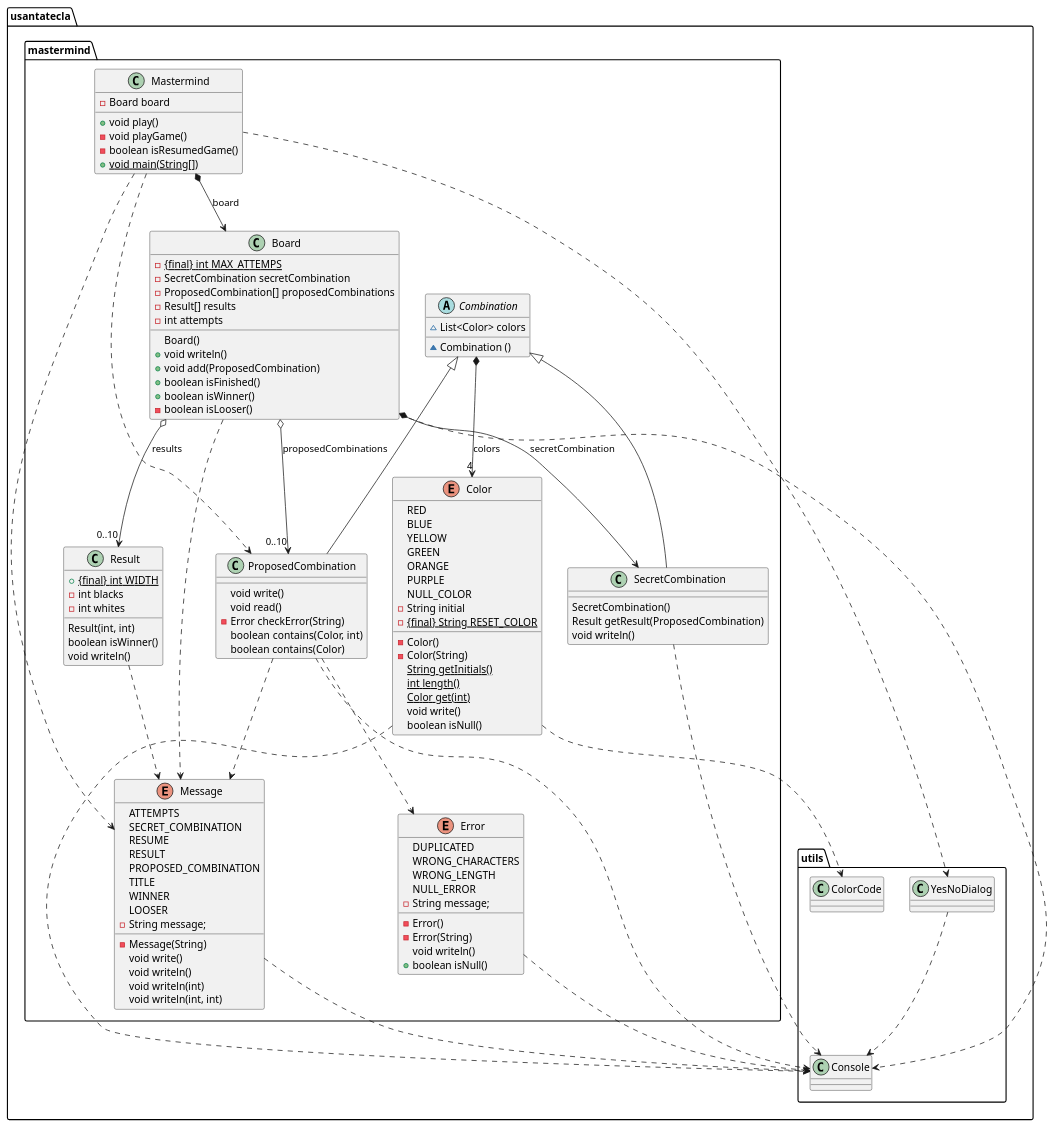
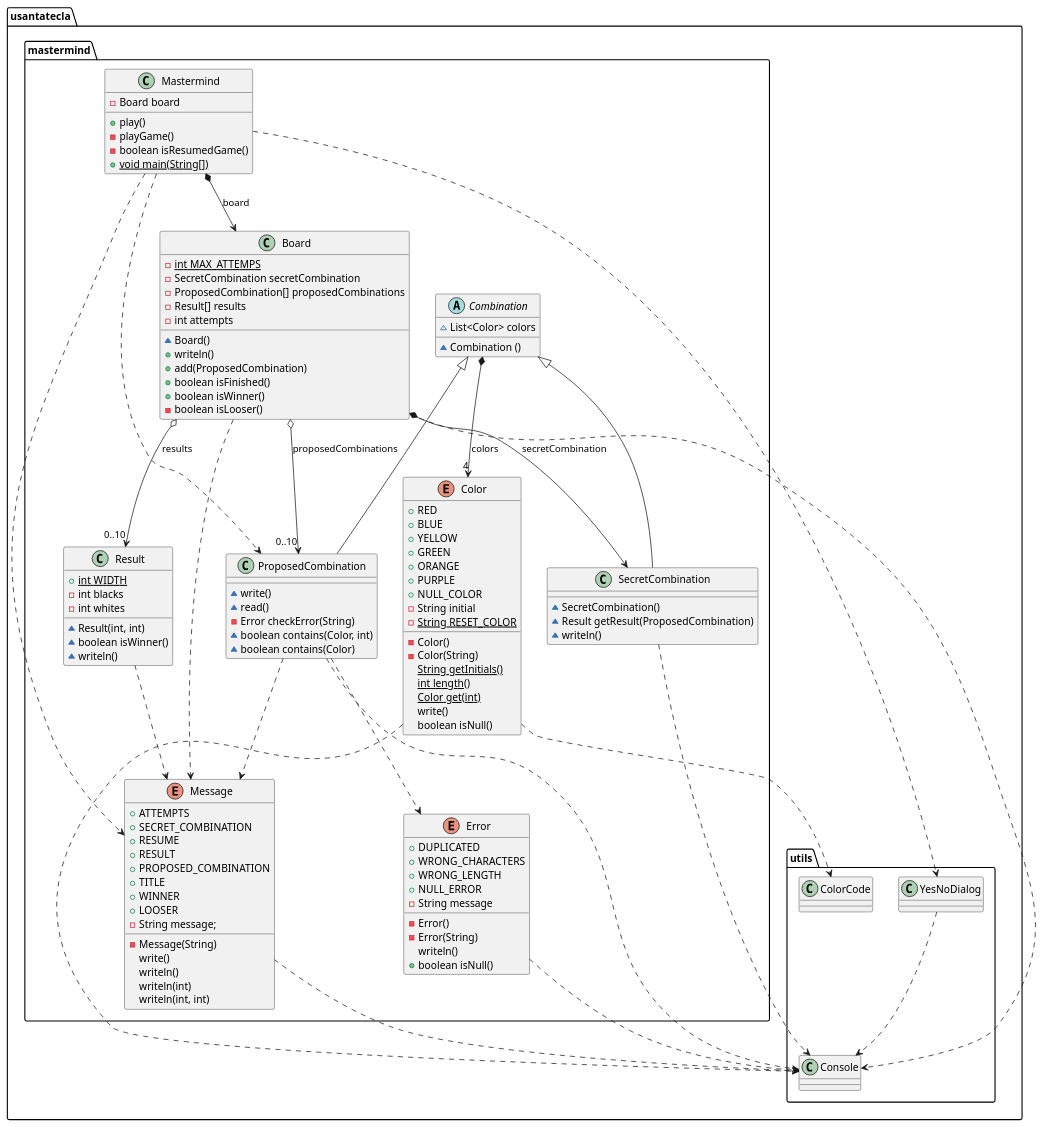
The first of 2 diagrams in domainModel/docs/diagrams/src/paquetes.plantuml (SantaTecla-mastermind/solution.java.swing.socket.sql), drawn with PlantUML before and after one commit. The commit also changed 1 other file, not shown here.

Commit message:
DomainModel diagrams updated

```diff
--- a/domainModel/docs/diagrams/src/paquetes.plantuml
+++ b/domainModel/docs/diagrams/src/paquetes.plantuml
@@ -1,145 +1,145 @@
 @startuml mastermind
 package usantatecla.mastermind {
 class Mastermind {
 	- Board board
-	+ void play()
-	- void playGame()
+	+ play()
+	- playGame()
 	- boolean isResumedGame()
 	+ {static} void main(String[])
 }
 
 
 class Board {
-  - {static} {final} int MAX_ATTEMPS
+  - {static} int MAX_ATTEMPS
   - SecretCombination secretCombination
   - ProposedCombination[] proposedCombinations
   - Result[] results 
   - int attempts
-  Board()
-  + void writeln()
-  + void add(ProposedCombination)
-  +  boolean isFinished()
+  ~ Board()
+  + writeln()
+  + add(ProposedCombination)
+  + boolean isFinished()
   + boolean isWinner()
   - boolean isLooser()
 }
 
 abstract class Combination {
 	~ List<Color> colors
 	~ Combination ()
 }
 
 class SecretCombination {
-	SecretCombination()
-	Result getResult(ProposedCombination)
-	void writeln()
+	~ SecretCombination()
+	~ Result getResult(ProposedCombination)
+	~ writeln()
 }
 
 class ProposedCombination {
-	void write()
-	void read()
+	~write()
+	~read()
 	- Error checkError(String)
-	boolean contains(Color, int)
-	boolean contains(Color)
+	~ boolean contains(Color, int)
+	~ boolean contains(Color)
 }
 
 class Result{
-	+ {static} {final} int WIDTH
+	+ {static} int WIDTH
 	- int blacks
 	- int whites
-	Result(int, int)
-	boolean isWinner()
-	void writeln()
+	~ Result(int, int)
+	~ boolean isWinner()
+	~ writeln()
 }
 
 enum Color {
-	RED
-	BLUE
-	YELLOW
-	GREEN
-	ORANGE
-	PURPLE
-	NULL_COLOR
+	+ RED
+	+ BLUE
+	+ YELLOW
+	+ GREEN
+	+ ORANGE
+	+ PURPLE
+	+ NULL_COLOR
 	- String initial
-	- {static} {final} String RESET_COLOR
+	- {static} String RESET_COLOR
 	- Color()
 	- Color(String)
 	{static} String getInitials()
 	{static} int length()
 	{static} Color get(int)
-	void write()
+	write()
 	boolean isNull()
 }
 
 enum Error {
-	DUPLICATED
-	WRONG_CHARACTERS
-	WRONG_LENGTH
-	NULL_ERROR
-	- String message;
+	+ DUPLICATED
+	+ WRONG_CHARACTERS
+	+ WRONG_LENGTH
+	+ NULL_ERROR
+	- String message
 	- Error()
 	- Error(String)
-	void writeln()
+	writeln()
 	+ boolean isNull()
 }
 
 enum Message {
-	ATTEMPTS
-	SECRET_COMBINATION
-	RESUME
-	RESULT
-	PROPOSED_COMBINATION
-	TITLE
-	WINNER
-	LOOSER
+	+ ATTEMPTS
+	+ SECRET_COMBINATION
+	+ RESUME
+	+ RESULT
+	+ PROPOSED_COMBINATION
+	+ TITLE
+	+ WINNER
+	+ LOOSER
 	- String message;
 	- Message(String)
-	void write()
-	void writeln()
-	void writeln(int)
-	void writeln(int, int)
+	write()
+	writeln()
+	writeln(int)
+	writeln(int, int)
 }
 
 
 
 Mastermind *-down-> Board : board
 Mastermind .down.> ProposedCombination
 Board *-down-> SecretCombination : secretCombination
 Board o-down-> "0..10" ProposedCombination : proposedCombinations
 Board o-down-> "0..10" Result : results
 
 Combination *-down-> "4" Color : colors
 Combination <|-down- SecretCombination
 Combination <|-down- ProposedCombination
 ProposedCombination .down.> Error
 
 
 Mastermind .down.> Message
 Board .down.> Message
 ProposedCombination .down.> Message
 Result .down.> Message
 
 }
 
 package usantatecla.utils {
 
 class Console {
 
 
 }
 
 class YesNoDialog {
 
 }
 
 }
 
 YesNoDialog .down.> Console
 Board .down.> Console
 Color .down.> Console
 Color .down.> usantatecla.utils.ColorCode
 Error .down.> Console
 Message .down.> Console
 ProposedCombination .down.> Console
 SecretCombination .down.> Console
 Mastermind .down.> YesNoDialog
 @enduml
```
